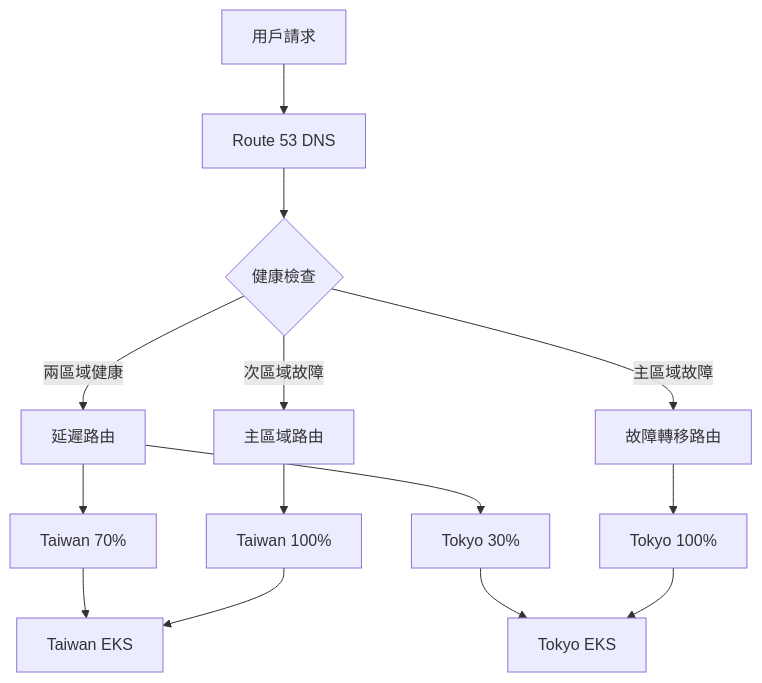
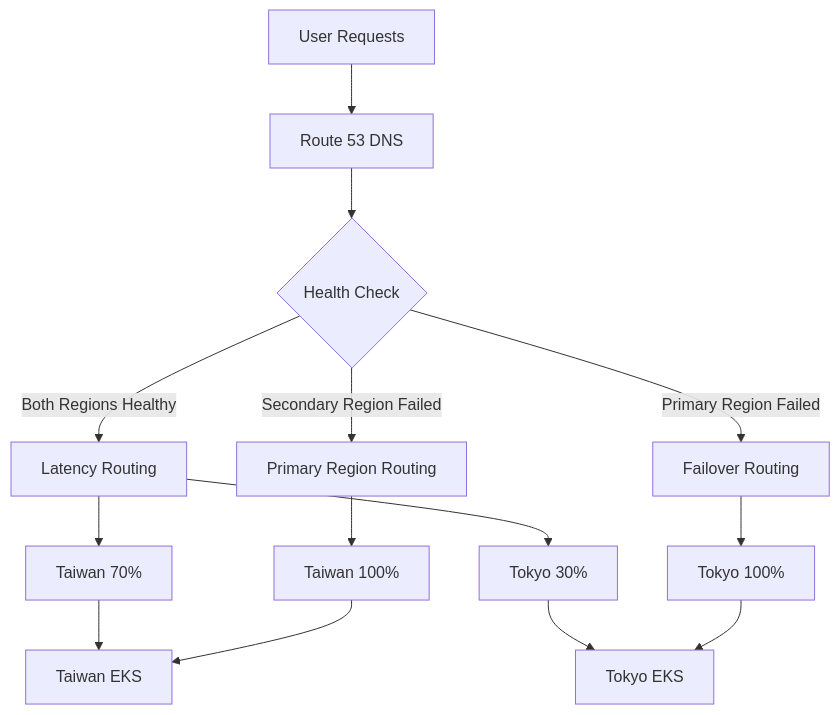
One commit to humank/genai-demo changed the first of 5 diagrams in docs/architecture/disaster-recovery-design.md. Above: the diagram before and after it, drawn with Mermaid. The commit also changed other lines of this file and 453 other files, not shown here.

First line of the commit message:
feat: Complete translation of key architecture and API documentation

````diff
--- a/docs/architecture/disaster-recovery-design.md
+++ b/docs/architecture/disaster-recovery-design.md
@@ -41,19 +41,19 @@
 ```mermaid
 graph TB
-    A[用戶請求] --> B[Route 53 DNS]
-    B --> C{健康檢查}
-    C -->|兩區域健康| D[延遲路由]
-    C -->|主區域故障| E[故障轉移路由]
-    C -->|次區域故障| F[主區域路由]
+    A[User Requests] --> B[Route 53 DNS]
+    B --> C{Health Check}
+    C -->|Both Regions Healthy| D[Latency Routing]
+    C -->|Primary Region Failed| E[Failover Routing]
+    C -->|Secondary Region Failed| F[Primary Region Routing]
     
     D --> G[Taiwan 70%]
     D --> H[Tokyo 30%]
     
     E --> I[Tokyo 100%]
     F --> J[Taiwan 100%]
     
     G --> K[Taiwan EKS]
     H --> L[Tokyo EKS]
     I --> L
     J --> K
 ```
````
